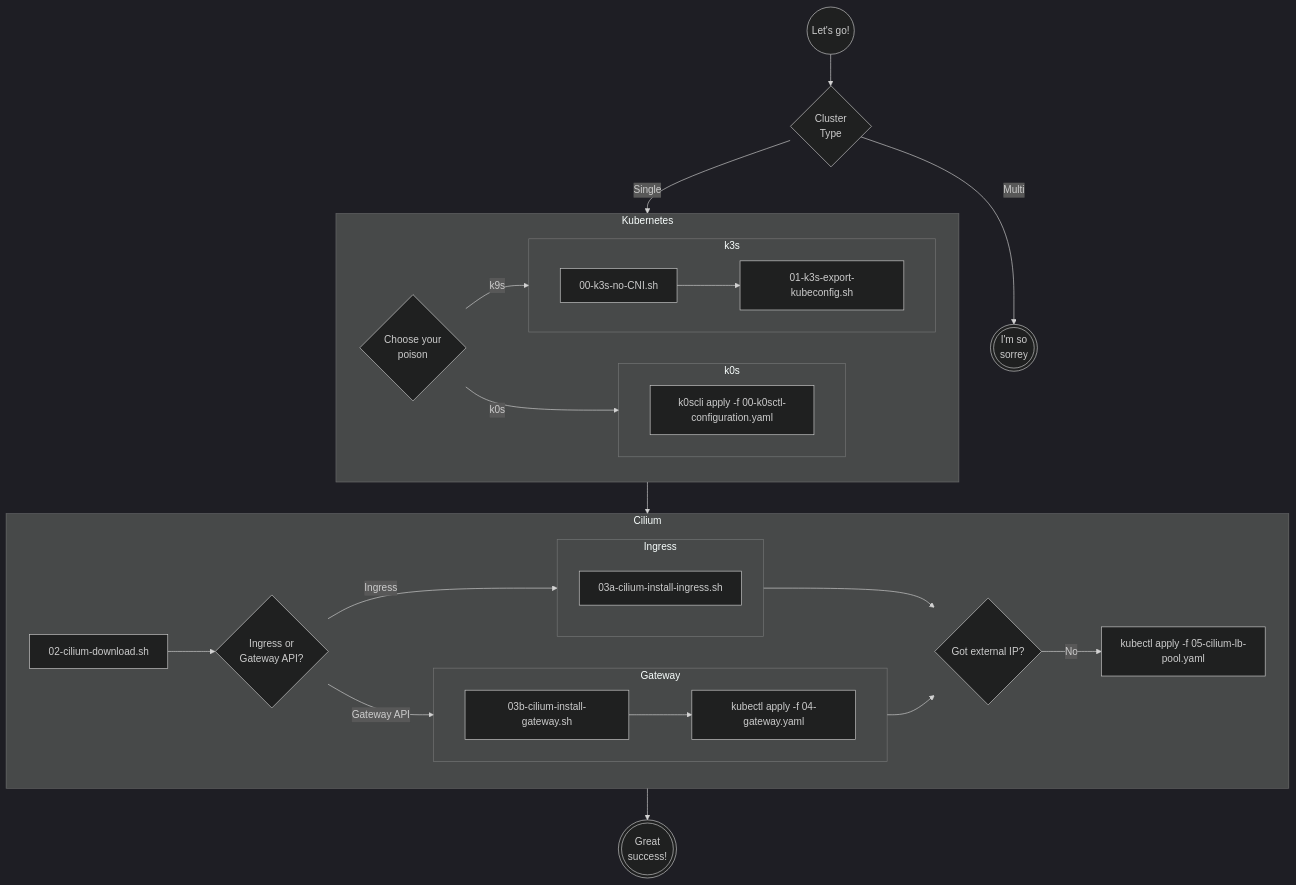
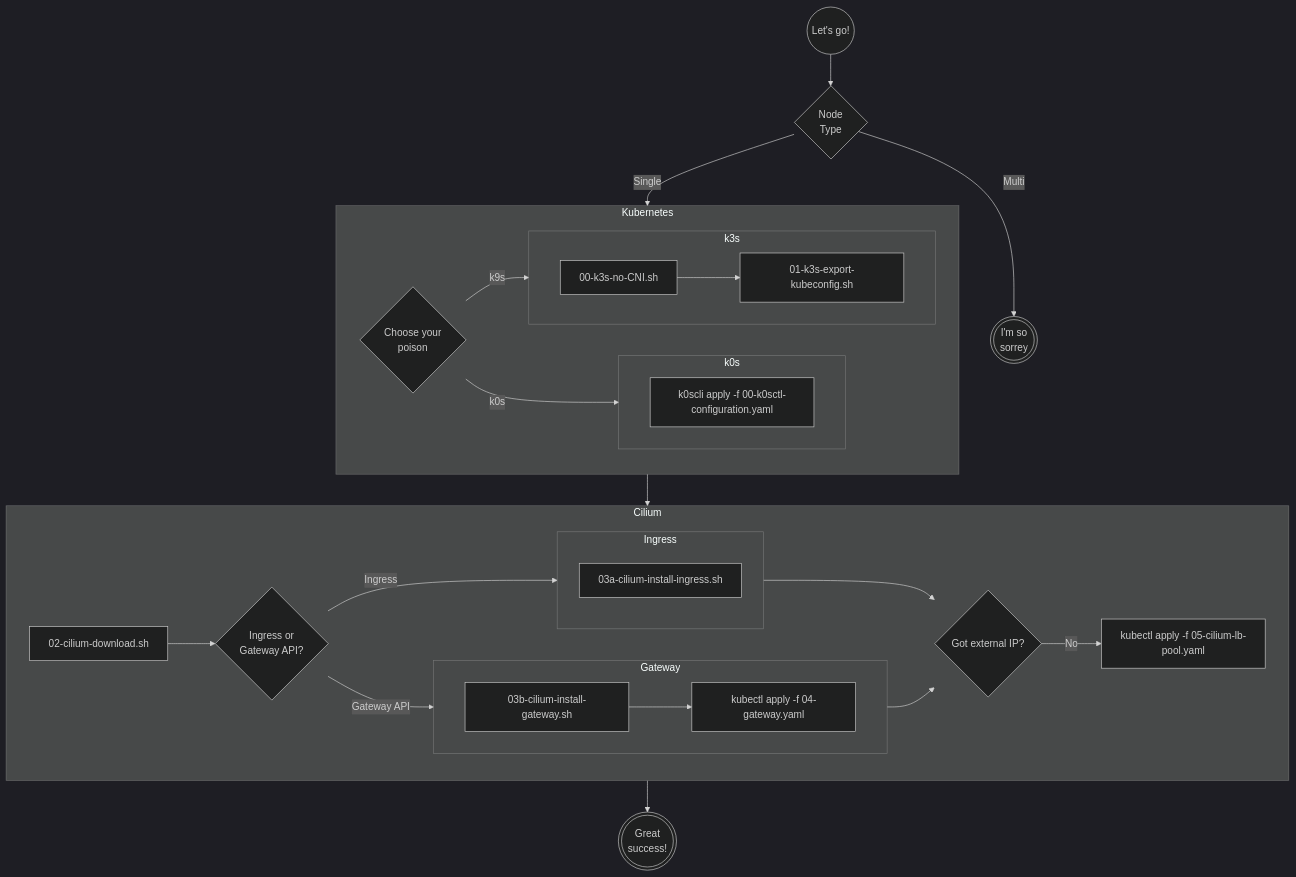
Before and after one commit to manfredbjorlin/kubernetes-setup: the diagram in README.md, drawn with Mermaid (dark theme). The commit also changed other lines of this file, not shown here.

First line of the commit message:
Enhance README with multi-node info and flowchart

````diff
--- a/README.md
+++ b/README.md
@@ -35,51 +38,51 @@
 ```mermaid
 flowchart TB
 LG((Let's go!))
-CT{Cluster<br>Type}
+CT{Node<br>Type}
 LG-->CT
 Sorrey(((I'm so<br>sorrey)))
 CT-->|Single|Kubernetes
 CT-->|Multi|Sorrey
 subgraph Kubernetes
   direction LR
   Z{Choose your<br>poison}
   Z-->|k0s|A
   Z-->|k9s|C
   subgraph A[k0s]
     direction LR
     B[k0scli apply -f 00-k0sctl-configuration.yaml]
   end
   subgraph C[k3s]
     direction LR
     D[00-k3s-no-CNI.sh]
     E[01-k3s-export-kubeconfig.sh]
     D-->E
   end
 end
 subgraph X[Cilium]
   direction LR
   F[02-cilium-download.sh]
   CIG{Ingress or<br>Gateway API?}
   subgraph K[Ingress]
       G[03a-cilium-install-ingress.sh]
     end
     subgraph L[Gateway]
       direction LR
       M[03b-cilium-install-gateway.sh]
       N[kubectl apply -f 04-gateway.yaml]
       M-->N
     end
   F-->CIG
   CIG-->|Ingress|K
   CIG-->|Gateway API|L
   H{Got external IP?}
   K-->H
   L-->H
   H-->|No|I
   I[kubectl apply -f 05-cilium-lb-pool.yaml]
 end
   X-->J
   Kubernetes-->X
   
 J(((Great<br>success!)))
 ```
````
